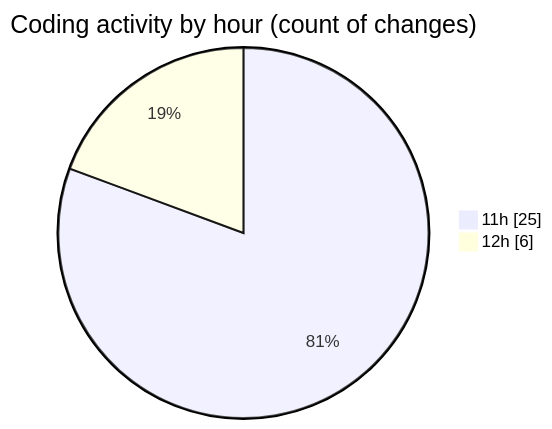
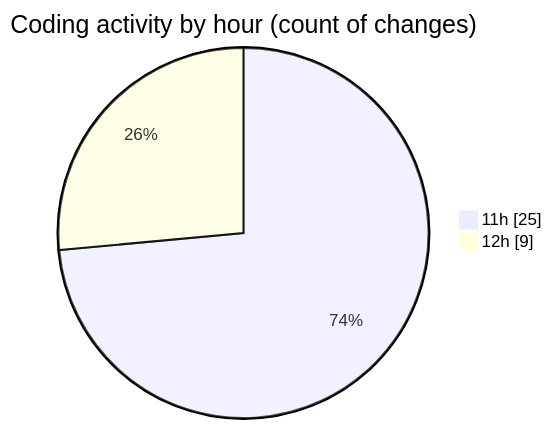
The second of 2 diagrams in 2025-07-01/argos/README.md (nxtqubesakshisongat/code-tracking), drawn with Mermaid before and after one commit. The commit also changed other lines of this file and 1 other file, not shown here.

````diff
--- a/2025-07-01/argos/README.md
+++ b/2025-07-01/argos/README.md
@@ -32,6 +32,6 @@
 ```mermaid
 pie showData
 title Coding activity by hour (count of changes)
 "11h" : 25
-"12h" : 6
+"12h" : 9
 ```
````
